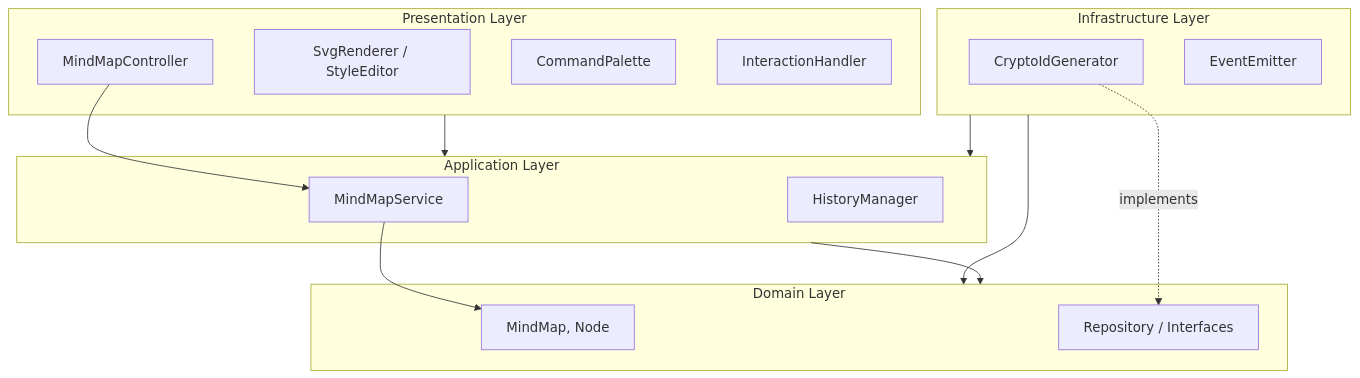
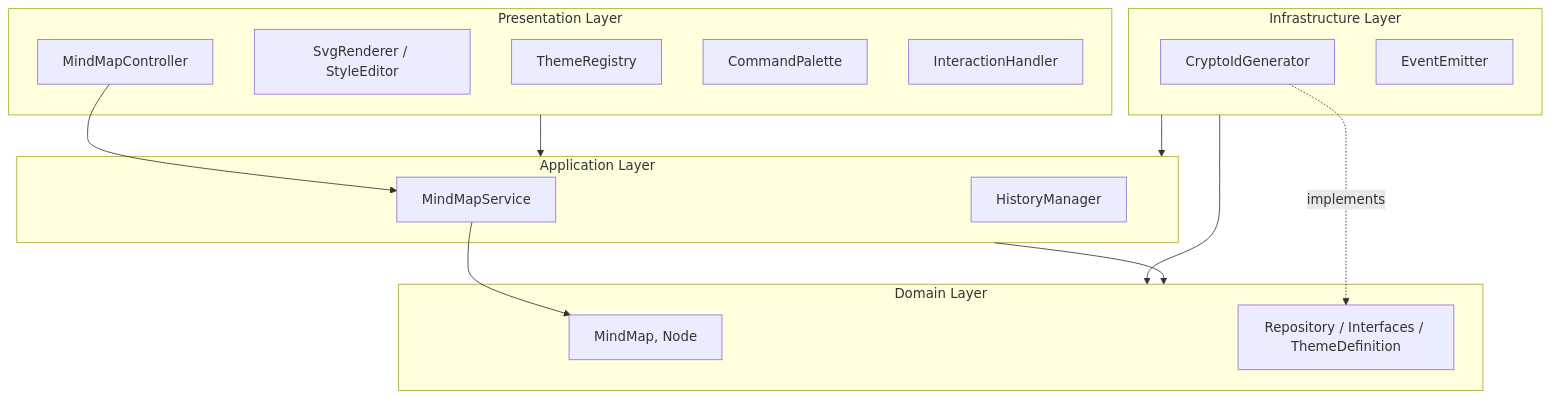
The first of 6 diagrams in docs/SOFTWARE_ARCHITECTURE_ja.md (hiroooo000/kakidash), drawn with Mermaid before and after one commit. The commit also changed other lines of this file and 24 other files, not shown here.

````diff
--- a/docs/SOFTWARE_ARCHITECTURE_ja.md
+++ b/docs/SOFTWARE_ARCHITECTURE_ja.md
@@ -10,35 +10,36 @@
 ```mermaid
 graph TD
     subgraph Presentation ["Presentation Layer"]
         Controller[MindMapController]
         View[SvgRenderer / StyleEditor]
+        Registry[ThemeRegistry]
         Command[CommandPalette]
         Interaction[InteractionHandler]
     end
 
     subgraph Infrastructure ["Infrastructure Layer"]
         IdGenImpl[CryptoIdGenerator]
         EventBusImpl[EventEmitter]
     end
 
     subgraph Application ["Application Layer"]
         Service[MindMapService]
         History[HistoryManager]
     end
 
     subgraph Domain ["Domain Layer"]
         Entities[MindMap, Node]
-        Interfaces[Repository / Interfaces]
+        Interfaces[Repository / Interfaces / ThemeDefinition]
     end
 
     %% Dependency Rules
     Presentation --> Application
     Infrastructure --> Application
     Infrastructure --> Domain
     Application --> Domain
     
     %% Specific Dependencies
     Controller --> Service
     Service --> Entities
     IdGenImpl -.->|implements| Interfaces
 ```
````
